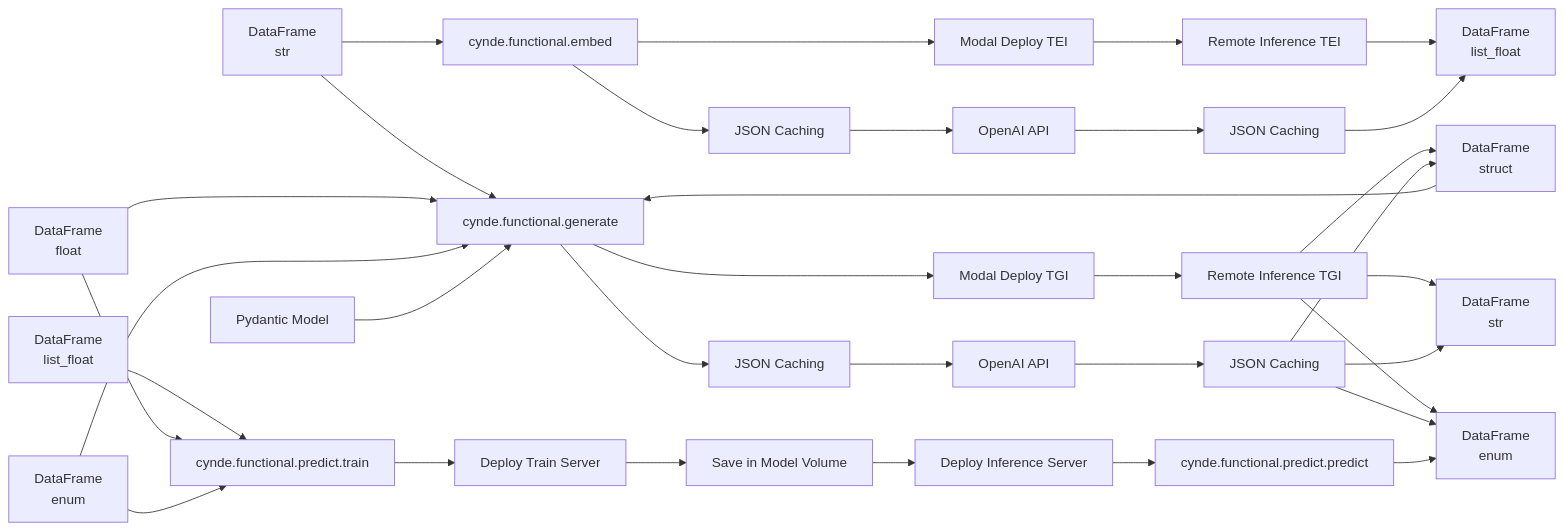
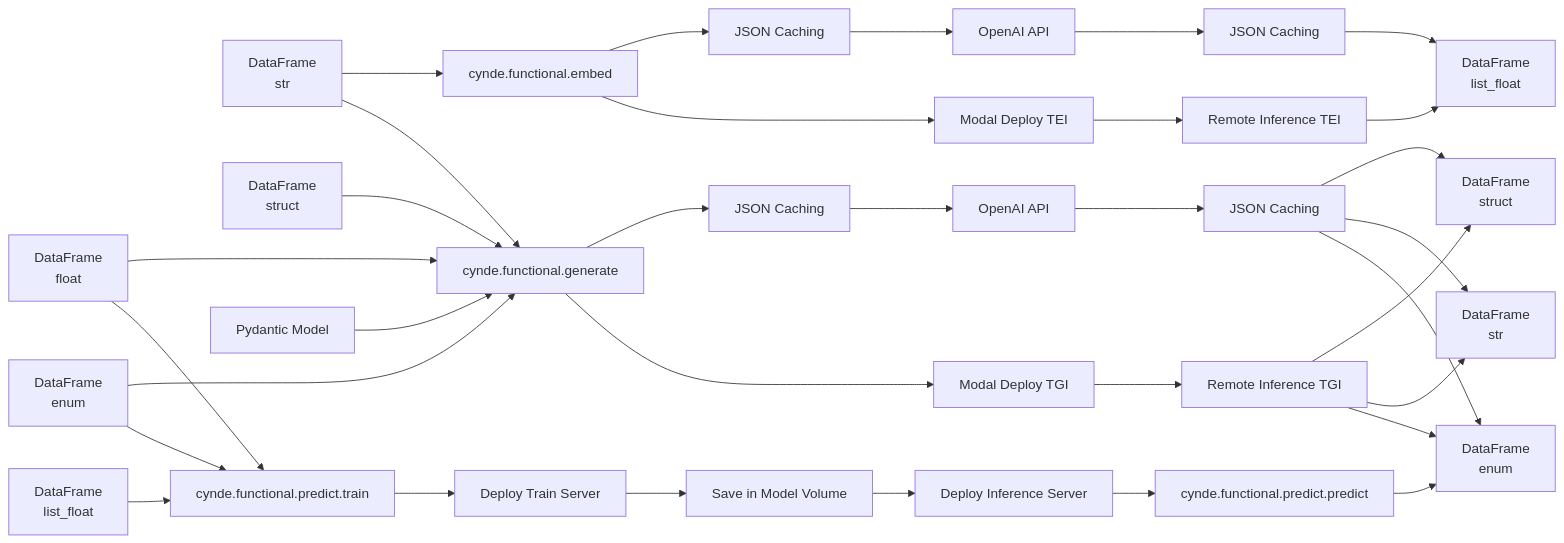
Before and after one commit to Neural-Dragon-AI/Cynde: the diagram in drawings.md, drawn with Mermaid. The commit also changed other lines of this file, not shown here.

````diff
--- a/drawings.md
+++ b/drawings.md
@@ -3,39 +3,39 @@
 ```mermaid
 graph LR
     A[DataFrame<br>str] --> B[cynde.functional.embed]
     A --> C[cynde.functional.generate]
     D[DataFrame<br>float] --> C
     E[DataFrame<br>enum] --> C
-    G[DataFrame<br>list_float] --> F[cynde.functional.predict.train]
-    D --> F
+    T[DataFrame<br>struct] --> C
+    D --> F[cynde.functional.predict.train]
     E --> F
-    T[DataFrame<br>struct] --> C
+    G[DataFrame<br>list_float] --> F
 
     H[Pydantic Model] --> C
 
     B --> I[JSON Caching]
     B --> J[Modal Deploy TEI]
     I --> K[OpenAI API]
     J --> L[Remote Inference TEI]
     K --> M[JSON Caching]
     L --> N[DataFrame<br>list_float]
     M --> N
 
     C --> O[JSON Caching]
     C --> P[Modal Deploy TGI]
     O --> Q[OpenAI API]
     P --> R[Remote Inference TGI]
     Q --> S[JSON Caching]
-    R --> T
+    R --> T2[DataFrame<br>struct]
     R --> A2[DataFrame<br>str]
     R --> E2[DataFrame<br>enum]
-    S --> T
+    S --> T2
     S --> A2
     S --> E2
 
     F --> U[Deploy Train Server]
     U --> V[Save in Model Volume]
     V --> W[Deploy Inference Server]
     W --> X[cynde.functional.predict.predict]
     X --> E2
 ```
````
